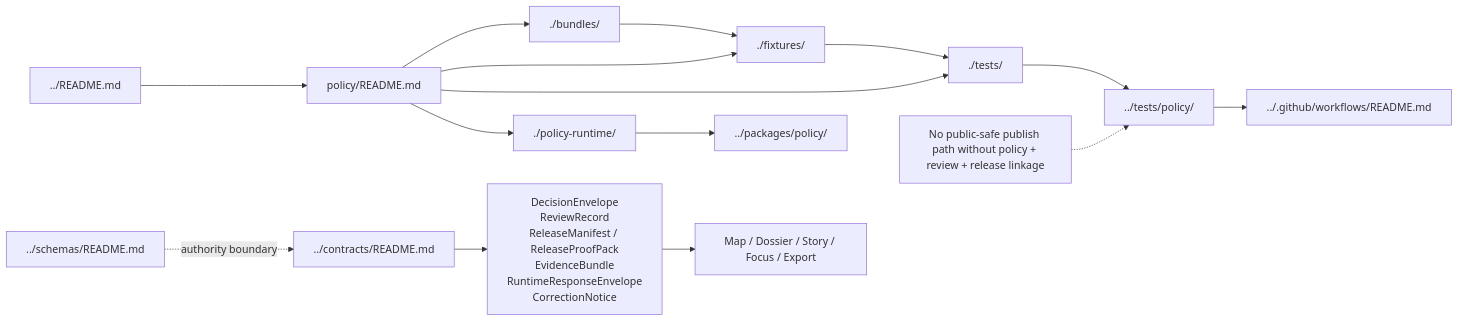
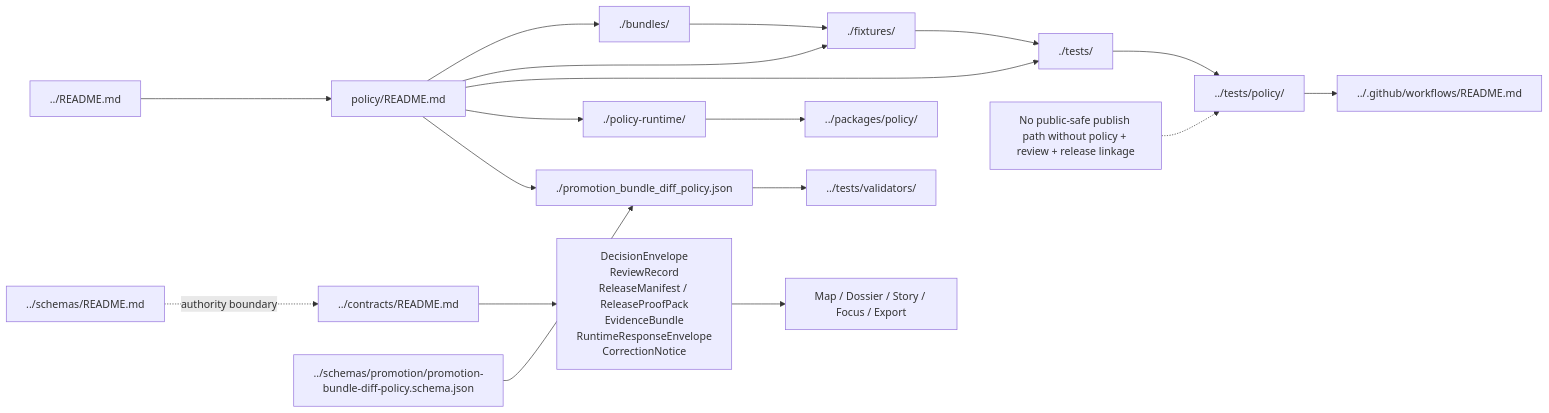
Before and after one commit to bartytime4life/Kansas-Frontier-Matrix: the diagram in policy/README.md, drawn with Mermaid. The commit also changed other lines of this file, not shown here.

````diff
--- a/policy/README.md
+++ b/policy/README.md
@@ -325,20 +388,23 @@
 ```mermaid
 flowchart LR
   Root["../README.md"] --> Policy["policy/README.md"]
   Policy --> Bundles["./bundles/"]
   Policy --> Fixtures["./fixtures/"]
   Policy --> PolicyTests["./tests/"]
   Policy --> PolicyRuntime["./policy-runtime/"]
+  Policy --> DiffPolicy["./promotion_bundle_diff_policy.json"]
 
   Contracts["../contracts/README.md"] --> TrustObjects["DecisionEnvelope<br/>ReviewRecord<br/>ReleaseManifest / ReleaseProofPack<br/>EvidenceBundle<br/>RuntimeResponseEnvelope<br/>CorrectionNotice"]
   Schemas["../schemas/README.md"] -. authority boundary .-> Contracts
+  DiffPolicySchema["../schemas/promotion/promotion-bundle-diff-policy.schema.json"] --> DiffPolicy
 
   Bundles --> Fixtures
   Fixtures --> PolicyTests
   PolicyRuntime --> PackageSupport["../packages/policy/"]
   PolicyTests --> RepoProof["../tests/policy/"]
+  DiffPolicy --> ValidatorProof["../tests/validators/"]
   RepoProof --> Workflows["../.github/workflows/README.md"]
   TrustObjects --> Surfaces["Map / Dossier / Story / Focus / Export"]
 
   note1["No public-safe publish path without policy + review + release linkage"] -.-> RepoProof
 ```
````
